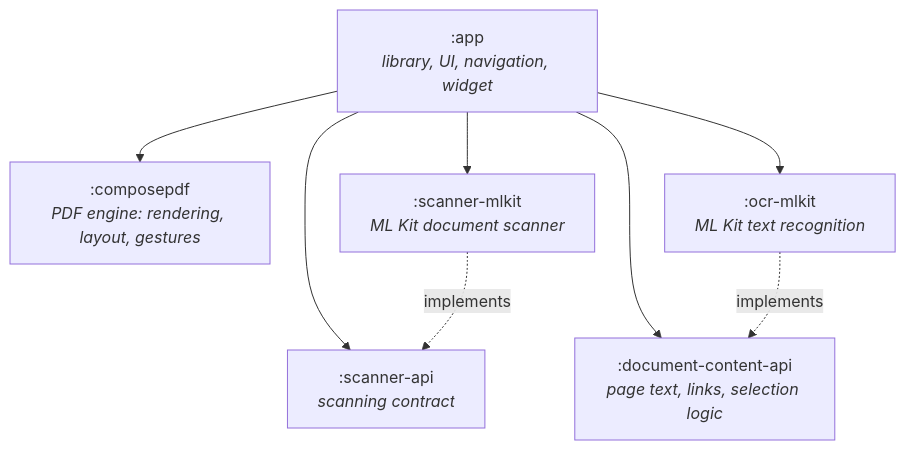
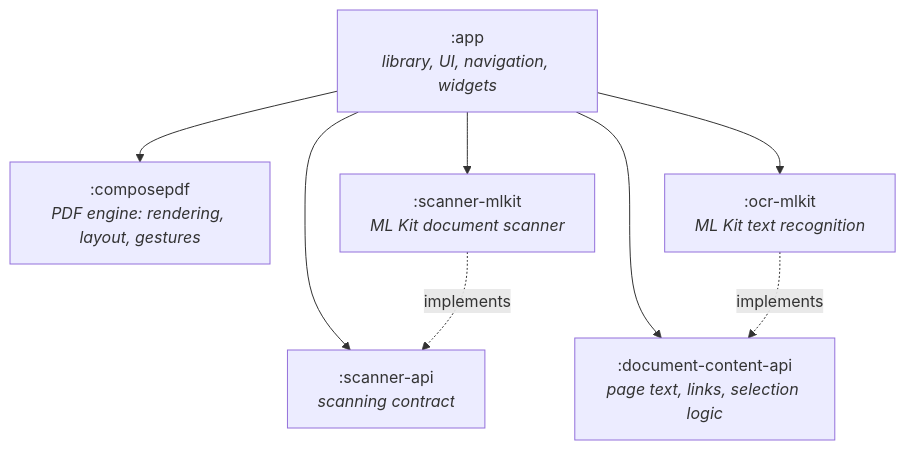
The diagram in README.md (BobbyESP/Docucraft), drawn with Mermaid before and after one commit. The commit also changed other lines of this file and 13 other files, not shown here.

````diff
--- a/README.md
+++ b/README.md
@@ -159,17 +159,17 @@
 ```mermaid
 graph TD
-    app[":app<br/><i>library, UI, navigation, widget</i>"]
+    app[":app<br/><i>library, UI, navigation, widgets</i>"]
     composepdf[":composepdf<br/><i>PDF engine: rendering, layout, gestures</i>"]
     scannerApi[":scanner-api<br/><i>scanning contract</i>"]
     scannerMlkit[":scanner-mlkit<br/><i>ML Kit document scanner</i>"]
     contentApi[":document-content-api<br/><i>page text, links, selection logic</i>"]
     ocrMlkit[":ocr-mlkit<br/><i>ML Kit text recognition</i>"]
 
     app --> composepdf
     app --> scannerApi
     app --> scannerMlkit
     app --> contentApi
     app --> ocrMlkit
     scannerMlkit -. implements .-> scannerApi
     ocrMlkit -. implements .-> contentApi
 ```
````
